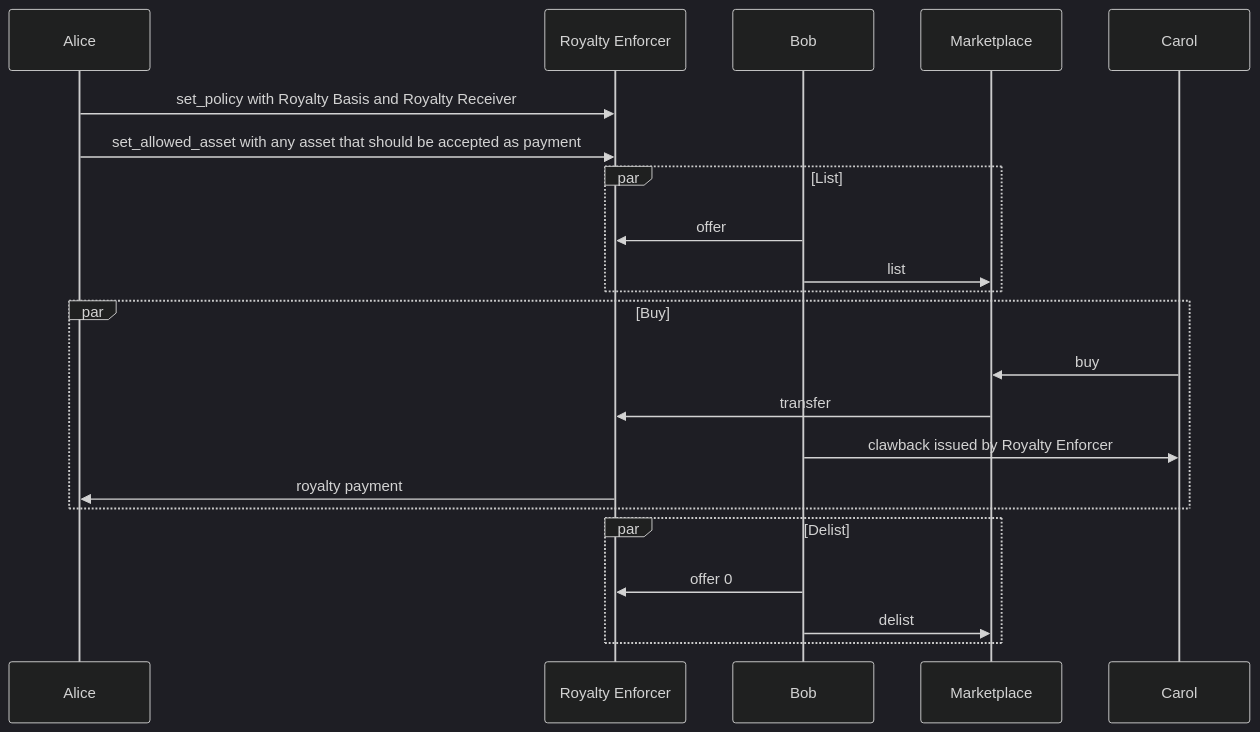
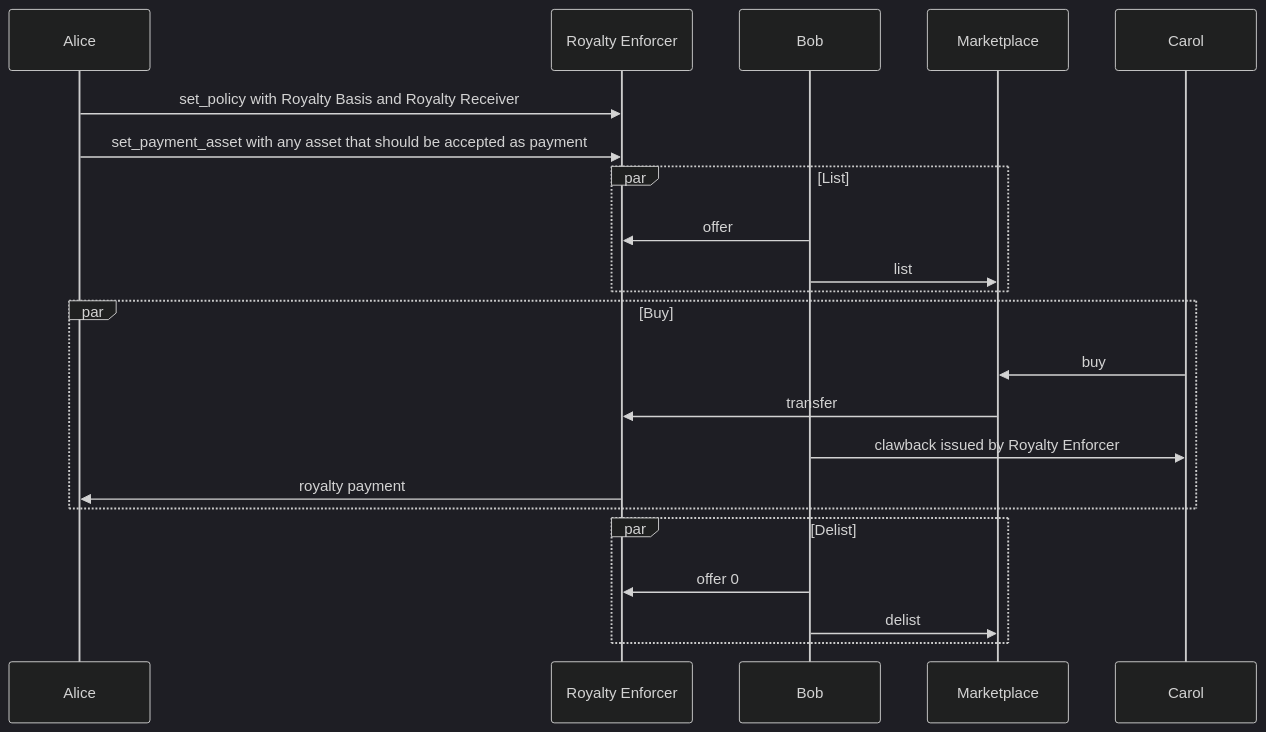
The diagram in ARCs/arc-0018.md (algorandfoundation/ARCs), drawn with Mermaid (dark theme) before and after one commit. The commit also changed other lines of this file, not shown here.

````diff
--- a/ARCs/arc-0018.md
+++ b/ARCs/arc-0018.md
@@ -586,22 +590,22 @@
 ```mermaid
 sequenceDiagram
     Alice->>Royalty Enforcer: set_policy with Royalty Basis and Royalty Receiver 
-    Alice->>Royalty Enforcer: set_allowed_asset with any asset that should be accepted as payment 
+    Alice->>Royalty Enforcer: set_payment_asset with any asset that should be accepted as payment 
 
     par List
         Bob->>Royalty Enforcer: offer
         Bob->>Marketplace: list
     end
 
     Par Buy
         Carol->>Marketplace: buy
         Marketplace->>Royalty Enforcer: transfer
         Bob->>Carol: clawback issued by Royalty Enforcer
         Royalty Enforcer->>Alice: royalty payment
     end
 
     par Delist
         Bob->>Royalty Enforcer: offer 0 
         Bob->>Marketplace: delist
     end
 ```
````
